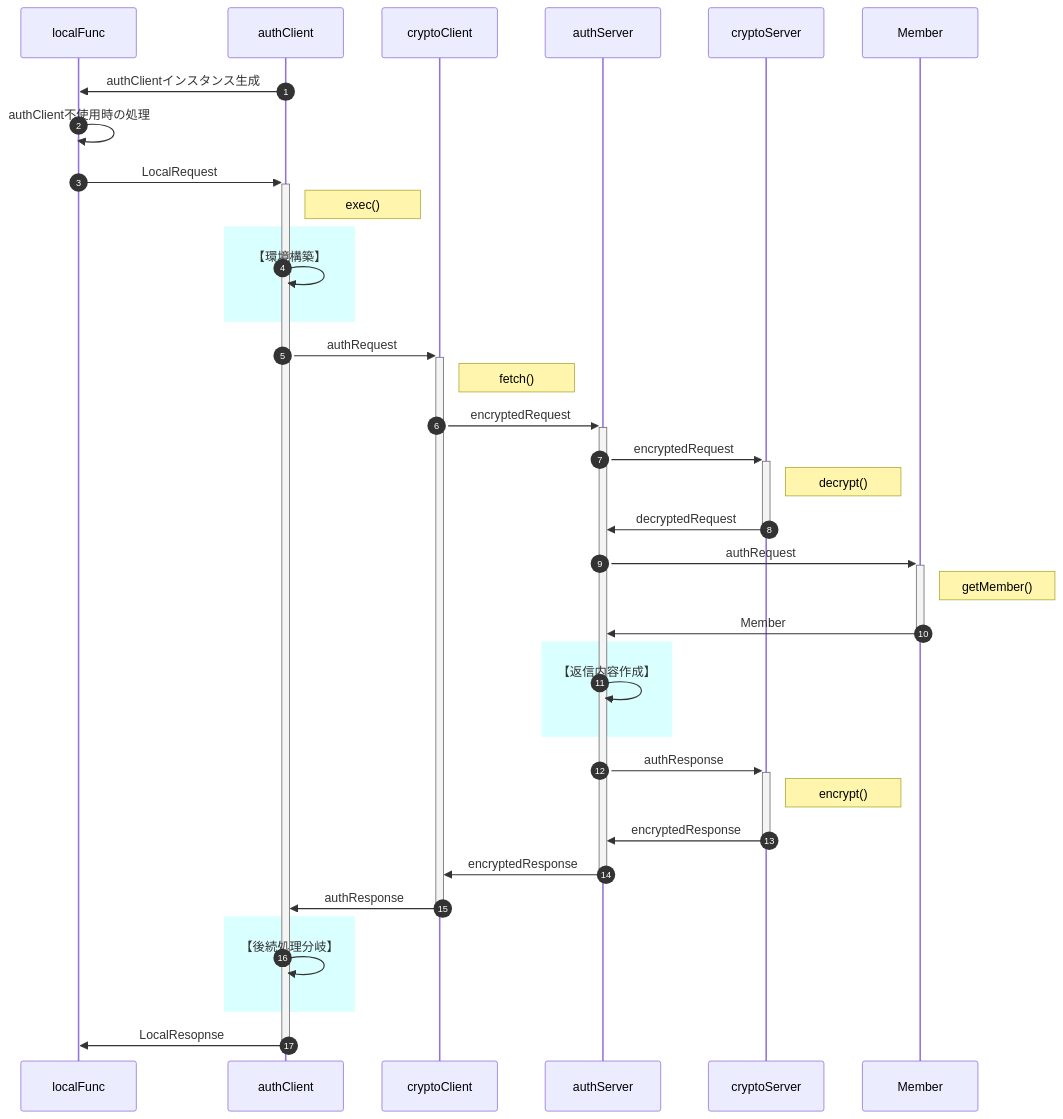
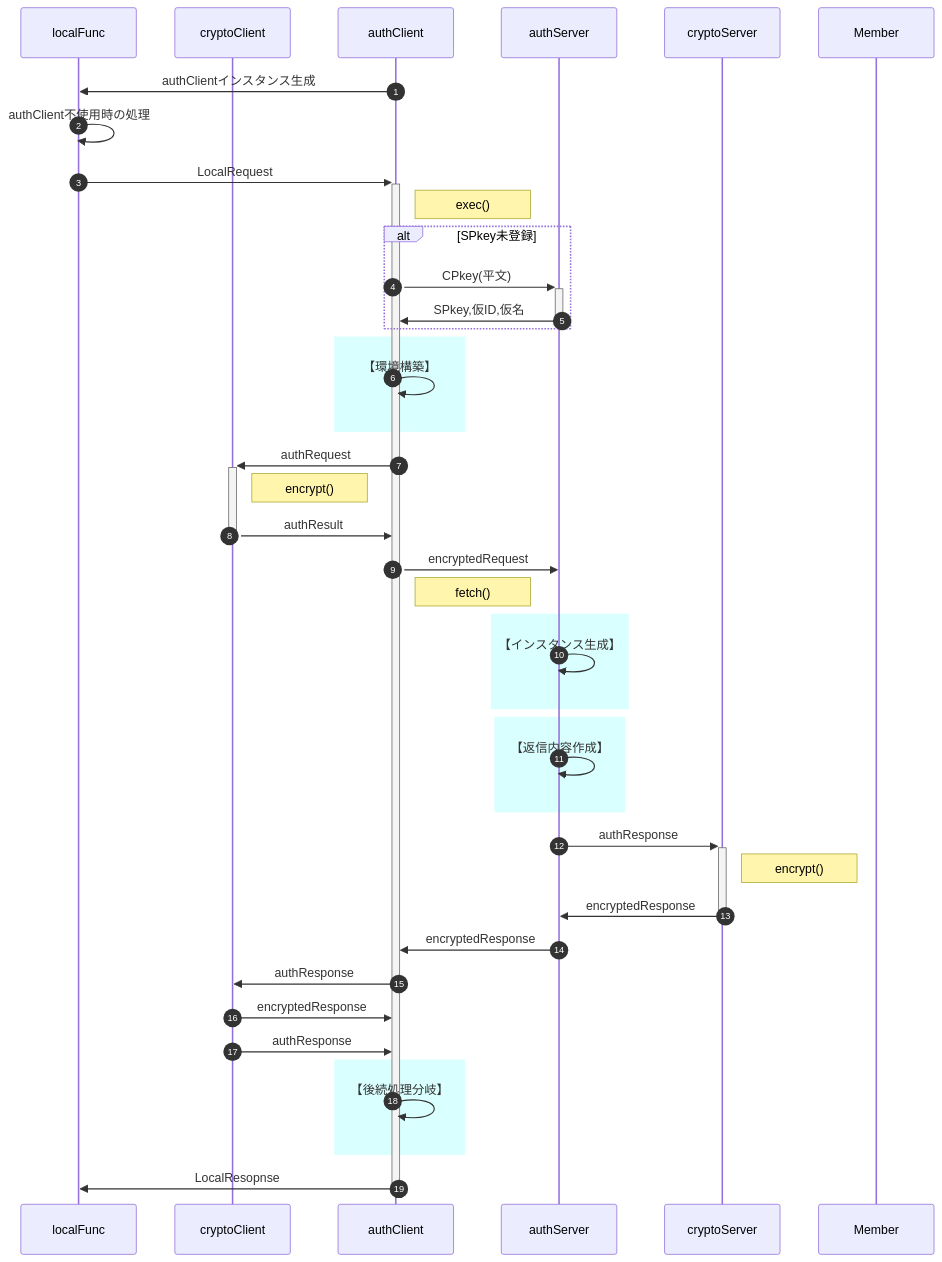
Before and after one commit to nakaone/library: the diagram in underDev/Auth/doc/spec.md, drawn with Mermaid. The commit also changed other lines of this file and 49 other files, not shown here.

Commit message:
authResult, authError

````diff
--- a/underDev/Auth/doc/spec.md
+++ b/underDev/Auth/doc/spec.md
@@ -65,62 +65,69 @@
 ```mermaid
 sequenceDiagram
   autonumber
   %%actor user
   participant localFunc
   %%participant clientMail
   %%participant IndexedDB
+  participant cryptoClient
   participant authClient
-  participant cryptoClient
   participant authServer
   participant cryptoServer
   participant Member
   %%participant serverFunc
   %%actor admin
 
   %% インスタンス生成時処理：authClientConfig読み込み、IndexedDB読み込み、pvへの保存
   authClient->>localFunc: authClientインスタンス生成
 
   localFunc->>localFunc: authClient不使用時の処理
   localFunc->>+authClient: LocalRequest
   Note right of authClient: exec()
 
+  %% SPkey要求
+  alt SPkey未登録
+    authClient->>+authServer: CPkey(平文)
+    authServer->>-authClient: SPkey,仮ID,仮名
+  end
+
   %% 環境構築(SPkey要求)
   rect rgba(218, 255, 255, 1)
     authClient->>authClient: 【環境構築】
   end
 
+  %% 要求の暗号化
+  authClient->>+cryptoClient: authRequest
+  Note right of cryptoClient: encrypt()
+  cryptoClient->>-authClient: authResult
+
   %% 処理要求
-  authClient->>+cryptoClient: authRequest
-  Note right of cryptoClient: fetch()
+  authClient->>authServer: encryptedRequest
+  Note right of authClient: fetch()
 
-  cryptoClient->>+authServer: encryptedRequest
-
-  authServer->>+cryptoServer: encryptedRequest
-  Note right of cryptoServer: decrypt()
-  cryptoServer->>-authServer: decryptedRequest
-
-  authServer->>+Member: authRequest
-  Note right of Member: getMember()
-  Member->>-authServer: Member
+  rect rgba(218, 255, 255, 1)
+    authServer->>authServer: 【インスタンス生成】
+  end
 
   rect rgba(218, 255, 255, 1)
     authServer->>authServer: 【返信内容作成】
   end
 
   authServer->>+cryptoServer: authResponse
   Note right of cryptoServer: encrypt()
   cryptoServer->>-authServer: encryptedResponse
 
-  authServer->>-cryptoClient: encryptedResponse
-  cryptoClient->>-authClient: authResponse
+  authServer->>authClient: encryptedResponse
+  authClient->>cryptoClient: authResponse
+  cryptoClient->>authClient: encryptedResponse
+  cryptoClient->>authClient: authResponse
 
   rect rgba(218, 255, 255, 1)
     authClient->>authClient: 【後続処理分岐】
   end
 
   %% 新規登録要求
   %% パスコード入力
   %% パスコード再発行
 
   authClient->>-localFunc: LocalResopnse
 ```
````
